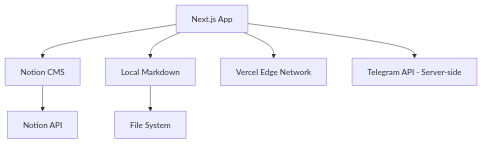
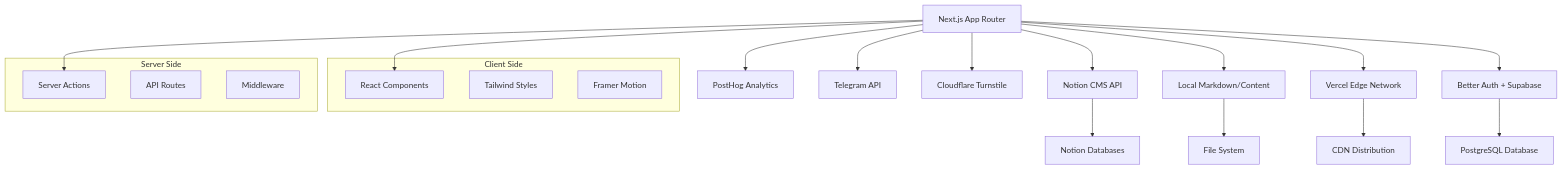
One commit to prasad-kmd/next-notion-cms changed the diagram in README.md. Above: the diagram before and after it, drawn with Mermaid. The commit also changed other lines of this file and 55 other files, not shown here.

````diff
--- a/README.md
+++ b/README.md
@@ -79,9 +233,31 @@
 ```mermaid
 graph TD
-    A[Next.js App] --> B[Notion CMS]
-    A --> C[Local Markdown]
+    A[Next.js App Router] --> B[Notion CMS API]
+    A --> C[Local Markdown/Content]
     A --> D[Vercel Edge Network]
-    B --> E[Notion API]
-    C --> F[File System]
-    A --> G[Telegram API - Server-side]
+    A --> E[Better Auth + Supabase]
+    A --> F[PostHog Analytics]
+
+    B --> G[Notion Databases]
+    C --> H[File System]
+    E --> I[PostgreSQL Database]
+    D --> J[CDN Distribution]
+
+    A --> K[Telegram API]
+    A --> L[Cloudflare Turnstile]
+
+    subgraph "Client Side"
+        M[React Components]
+        N[Tailwind Styles]
+        O[Framer Motion]
+    end
+
+    subgraph "Server Side"
+        P[Server Actions]
+        Q[API Routes]
+        R[Middleware]
+    end
+
+    A --> M
+    A --> P
 ```
````
